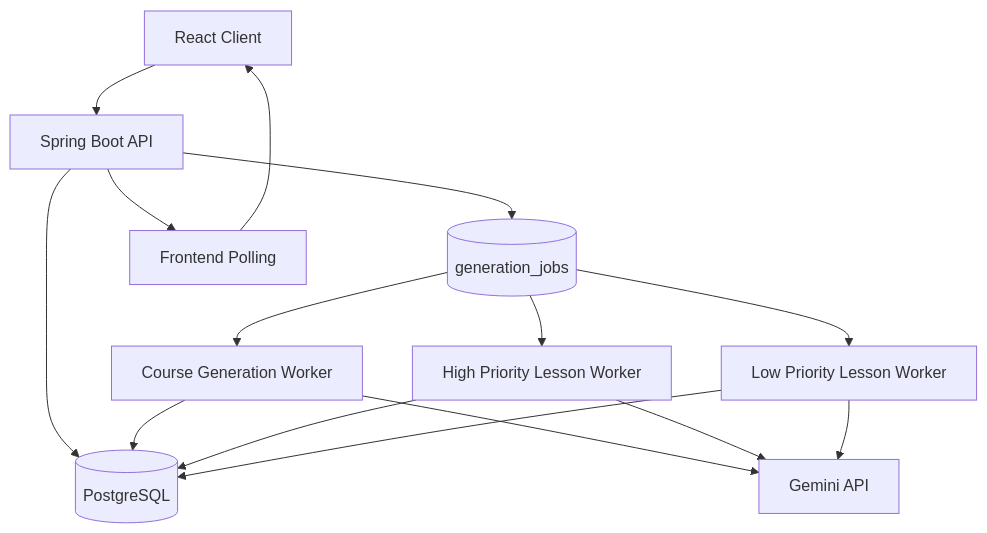
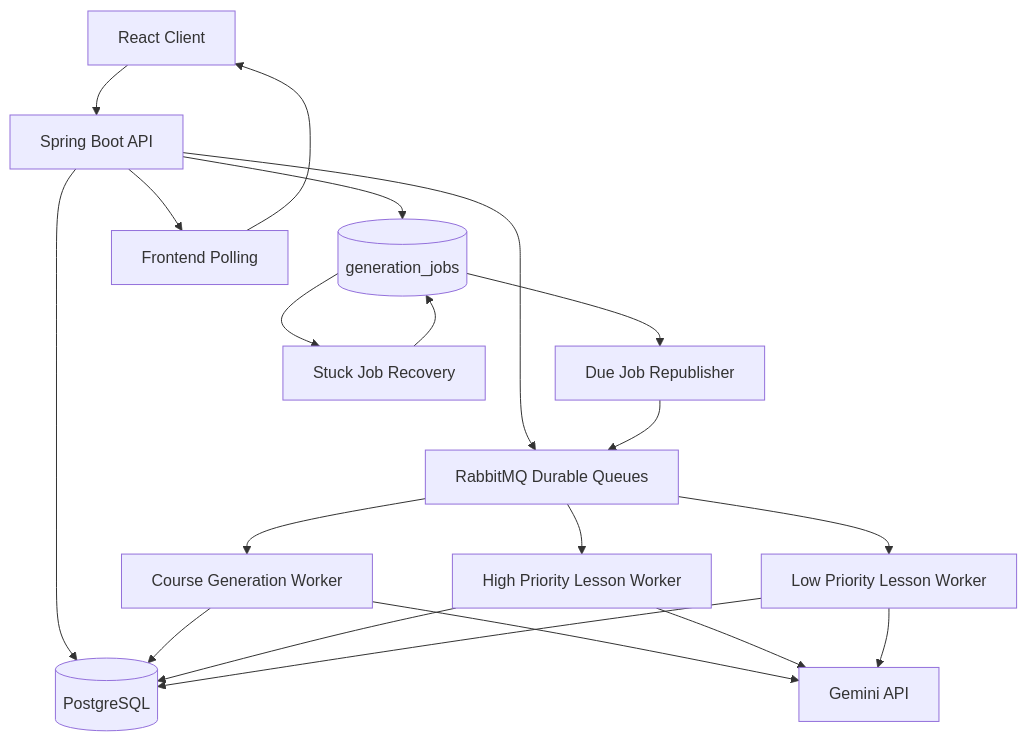
The eighth of 8 diagrams in README.md (abhinav1karthik/Text-to-Learn-AI), drawn with Mermaid before and after one commit. The commit also changed other lines of this file, not shown here.

Commit message:
Document final queue-backed architecture

````diff
--- a/README.md
+++ b/README.md
@@ -840,21 +942,26 @@
 ```mermaid
 flowchart TD
     UI[React Client] --> API[Spring Boot API]
     API --> DB[(PostgreSQL)]
     API --> Jobs[(generation_jobs)]
+    API --> MQ[RabbitMQ Durable Queues]
+    Jobs --> Republisher[Due Job Republisher]
+    Jobs --> Recovery[Stuck Job Recovery]
+    Republisher --> MQ
+    Recovery --> Jobs
 
-    Jobs --> CourseWorker[Course Generation Worker]
-    Jobs --> HighWorker[High Priority Lesson Worker]
-    Jobs --> LowWorker[Low Priority Lesson Worker]
+    MQ --> CourseWorker[Course Generation Worker]
+    MQ --> HighWorker[High Priority Lesson Worker]
+    MQ --> LowWorker[Low Priority Lesson Worker]
 
     CourseWorker --> Gemini[Gemini API]
     HighWorker --> Gemini
     LowWorker --> Gemini
 
     CourseWorker --> DB
     HighWorker --> DB
     LowWorker --> DB
 
     API --> Polling[Frontend Polling]
     Polling --> UI
 ```
````
